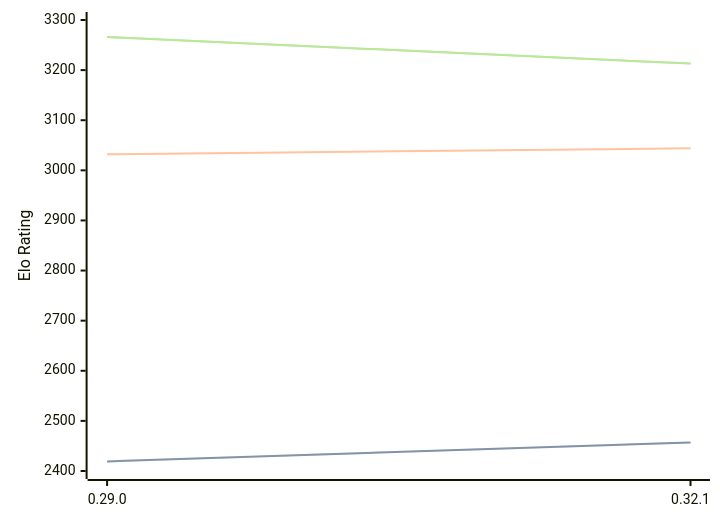
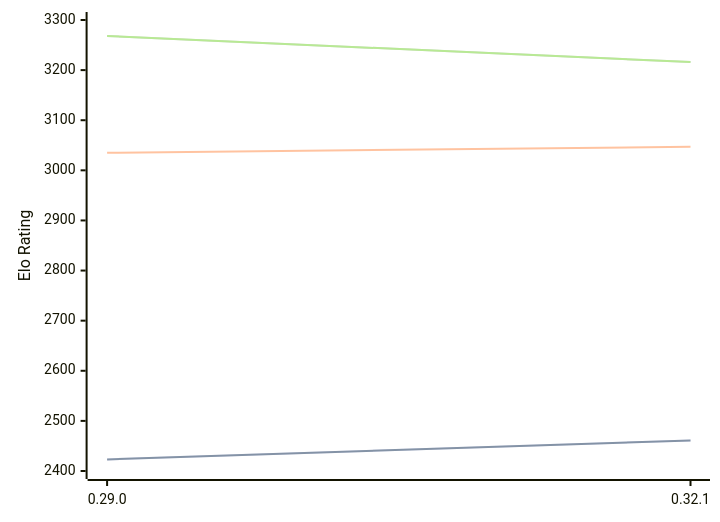
Before and after one commit to computer-chess-index/cci: the diagram in engines/Lc0.md, drawn with Mermaid. The commit also changed other lines of this file, not shown here.

Commit message:
Update CCI Ratings (ELO VLTC) - 2026-04-30

````diff
--- a/engines/Lc0.md
+++ b/engines/Lc0.md
@@ -68,11 +68,11 @@
 ```mermaid
 %%{init: {"theme":"base","themeVariables":{"seriesColors:['#a3a3a3','#222221','#faa371']}}}%%
 xychart-beta
   x-axis ["0.29.0", "0.32.1"]
   y-axis "Elo Rating" 2400 --> 3300
-  line "STC (8.0+0.08s)" [2419, 2457]
-  line "STC (8.0+0.08s)" [2419, 2457]
-  line "LTC (60.0+0.60s)" [3032, 3044]
-  line "VLTC (2m24s+1.12s)" [3266, 3213]
-  line "VLTC (2m24s+1.12s)" [3266, 3213]
+  line "STC (8.0+0.08s)" [2423, 2461]
+  line "STC (8.0+0.08s)" [2423, 2461]
+  line "LTC (60.0+0.60s)" [3035, 3047]
+  line "VLTC (2m24s+1.12s)" [3268, 3216]
+  line "VLTC (2m24s+1.12s)" [3268, 3216]
 ```
````
